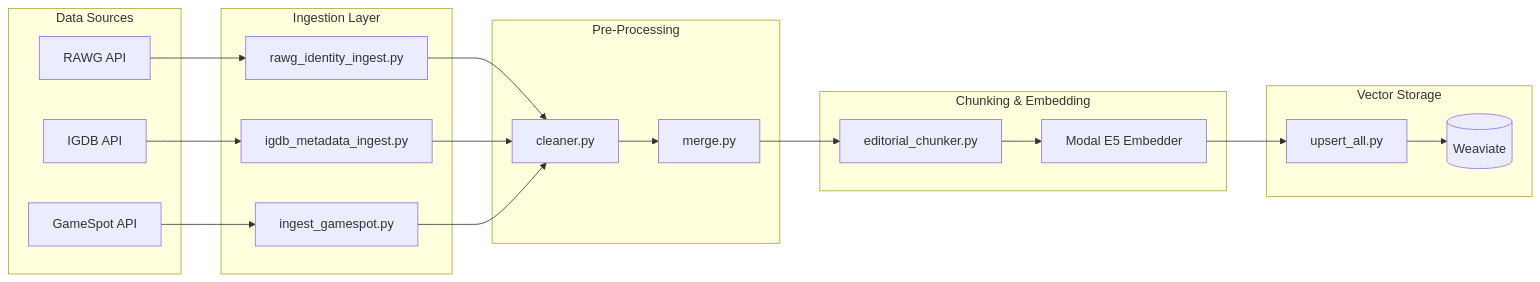
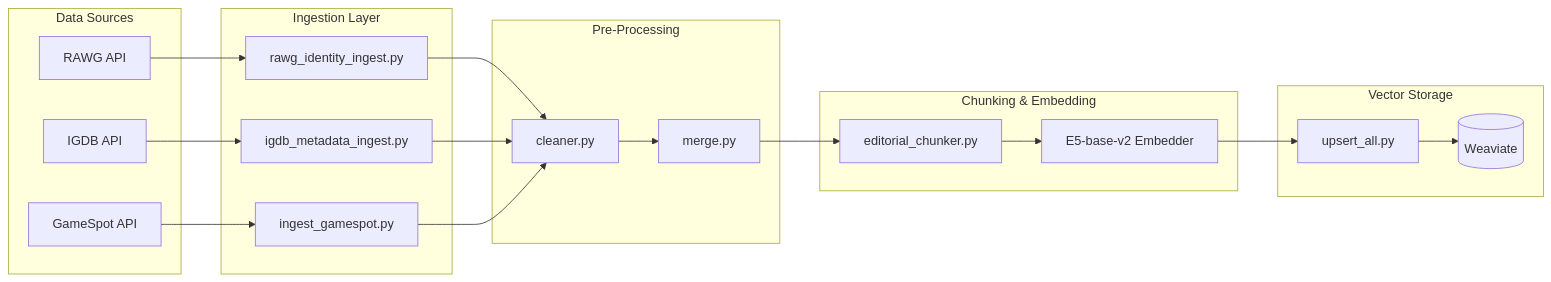
Before and after one commit to SukeshShetty1010/RAGent: the second of 2 diagrams in README.md, drawn with Mermaid. The commit also changed other lines of this file, not shown here.

````diff
--- a/README.md
+++ b/README.md
@@ -77,34 +77,34 @@
 ```mermaid
 flowchart LR
     subgraph Sources["Data Sources"]
         RAWG[RAWG API]
         IGDB[IGDB API]
         GS[GameSpot API]
     end
     
     subgraph Ingest["Ingestion Layer"]
         RI[rawg_identity_ingest.py]
         II[igdb_metadata_ingest.py]
         GI[ingest_gamespot.py]
     end
     
     subgraph PreProcess["Pre-Processing"]
         CL[cleaner.py]
         MG[merge.py]
     end
     
     subgraph Chunking["Chunking & Embedding"]
         CH[editorial_chunker.py]
-        EM[Modal E5 Embedder]
+        EM[E5-base-v2 Embedder]
     end
     
     subgraph Vector["Vector Storage"]
         UP[upsert_all.py]
         WV[(Weaviate)]
     end
     
     RAWG --> RI --> CL
     IGDB --> II --> CL
     GS --> GI --> CL
     CL --> MG --> CH --> EM --> UP --> WV
 ```
````
